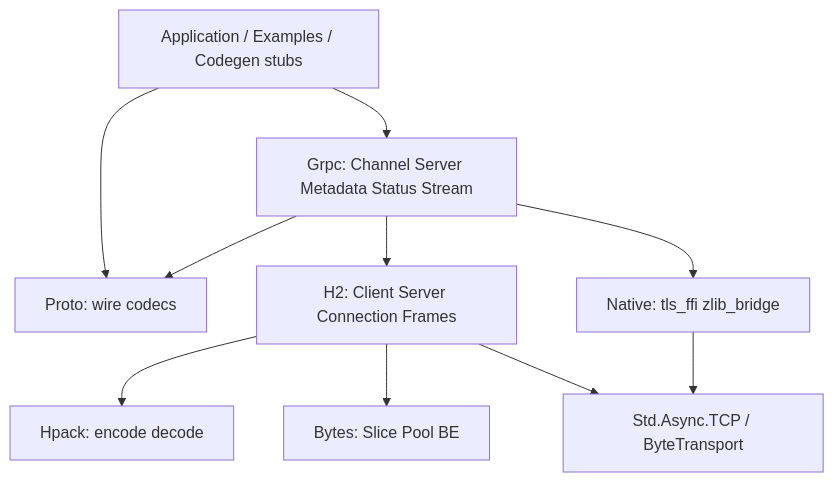
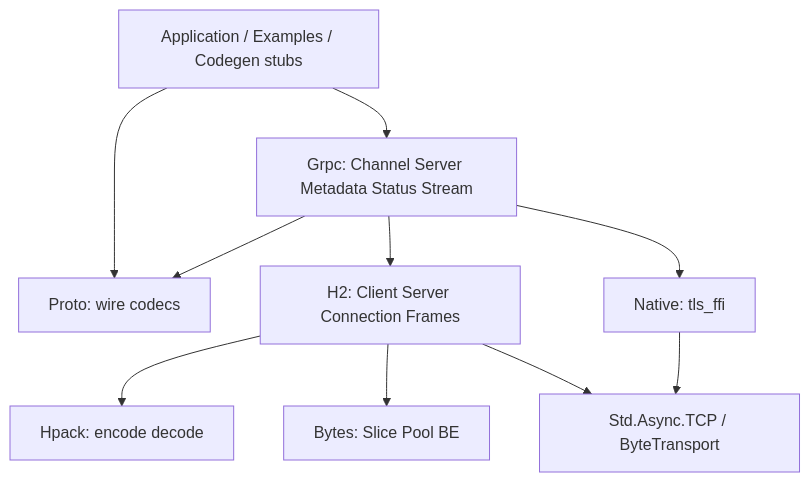
Before and after one commit to RileyBetts/lean-grpc: the diagram in docs/architecture.md, drawn with Mermaid. The commit also changed other lines of this file and 16 other files, not shown here.

````diff
--- a/docs/architecture.md
+++ b/docs/architecture.md
@@ -5,21 +5,21 @@
 ```mermaid
 flowchart TB
   App[Application / Examples / Codegen stubs]
   Grpc[Grpc: Channel Server Metadata Status Stream]
   Proto[Proto: wire codecs]
   H2[H2: Client Server Connection Frames]
   Hpack[Hpack: encode decode]
   Bytes[Bytes: Slice Pool BE]
-  Native[Native: tls_ffi zlib_bridge]
+  Native[Native: tls_ffi]
   TCP[Std.Async.TCP / ByteTransport]
 
   App --> Grpc
   App --> Proto
   Grpc --> Proto
   Grpc --> H2
   Grpc --> Native
   H2 --> Hpack
   H2 --> Bytes
   H2 --> TCP
   Native --> TCP
 ```
````
